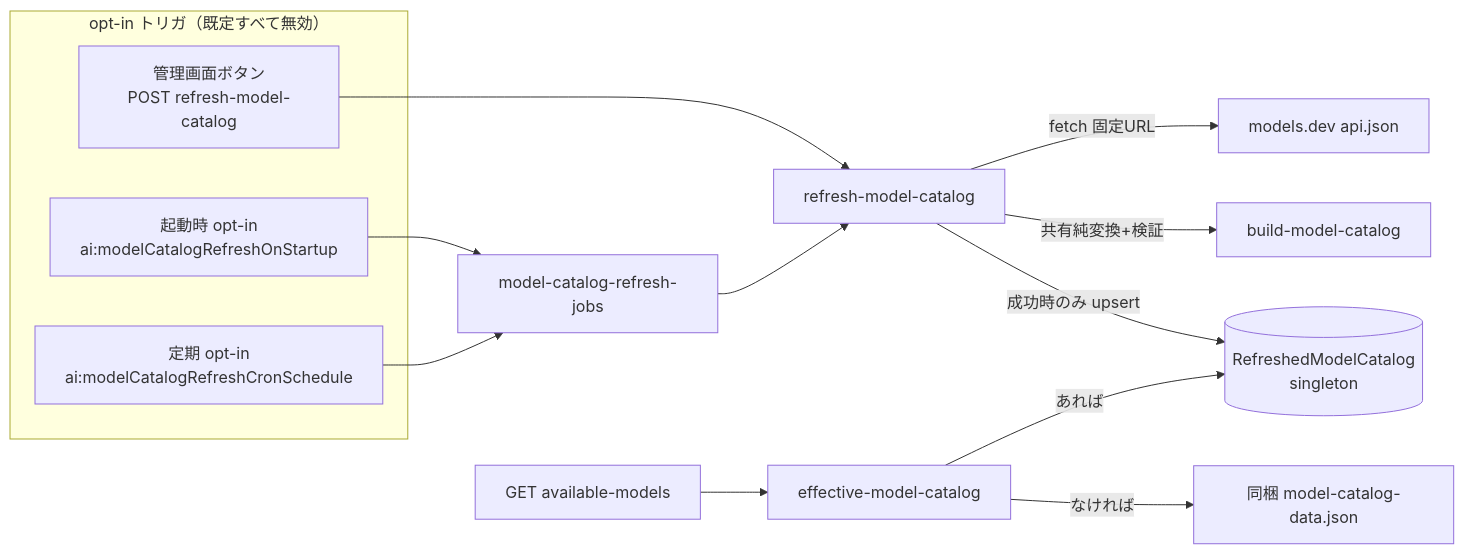
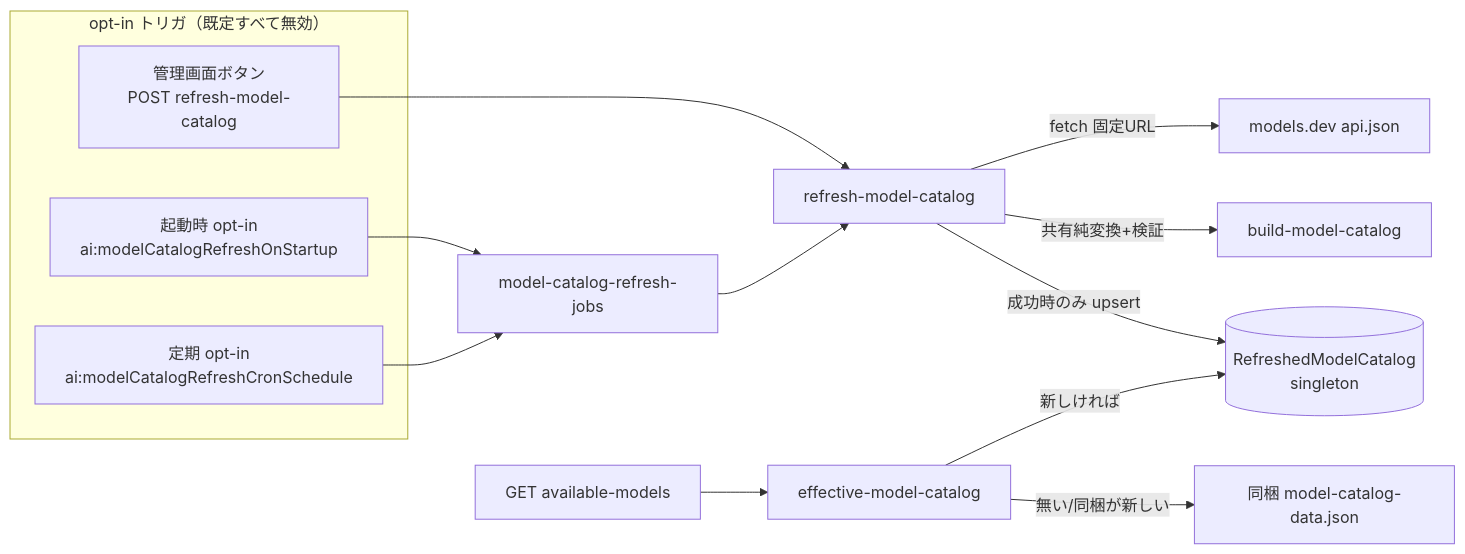
The third of 3 diagrams in .kiro/specs/ai-settings-model-picker/design.md (growilabs/growi), drawn with Mermaid before and after one commit. The commit also changed other lines of this file and 5 other files, not shown here.

Commit message:
feat(ai-settings-model-picker): update catalog refresh logic to prioritize newer models and enhance effective model selection

````diff
--- a/.kiro/specs/ai-settings-model-picker/design.md
+++ b/.kiro/specs/ai-settings-model-picker/design.md
@@ -427,17 +427,17 @@
 ```mermaid
 graph LR
     subgraph Triggers[opt-in トリガ（既定すべて無効）]
         Btn[管理画面ボタン<br/>POST refresh-model-catalog]
         Boot[起動時 opt-in<br/>ai:modelCatalogRefreshOnStartup]
         Cron[定期 opt-in<br/>ai:modelCatalogRefreshCronSchedule]
     end
     Btn --> Svc[refresh-model-catalog]
     Boot --> Jobs[model-catalog-refresh-jobs] --> Svc
     Cron --> Jobs
     Svc -->|fetch 固定URL| MD[models.dev api.json]
     Svc -->|共有純変換+検証| BMC[build-model-catalog]
     Svc -->|成功時のみ upsert| DB[(RefreshedModelCatalog<br/>singleton)]
     Route[GET available-models] --> Eff[effective-model-catalog]
-    Eff -->|あれば| DB
-    Eff -->|なければ| Bundled[同梱 model-catalog-data.json]
+    Eff -->|新しければ| DB
+    Eff -->|無い/同梱が新しい| Bundled[同梱 model-catalog-data.json]
 ```
````
